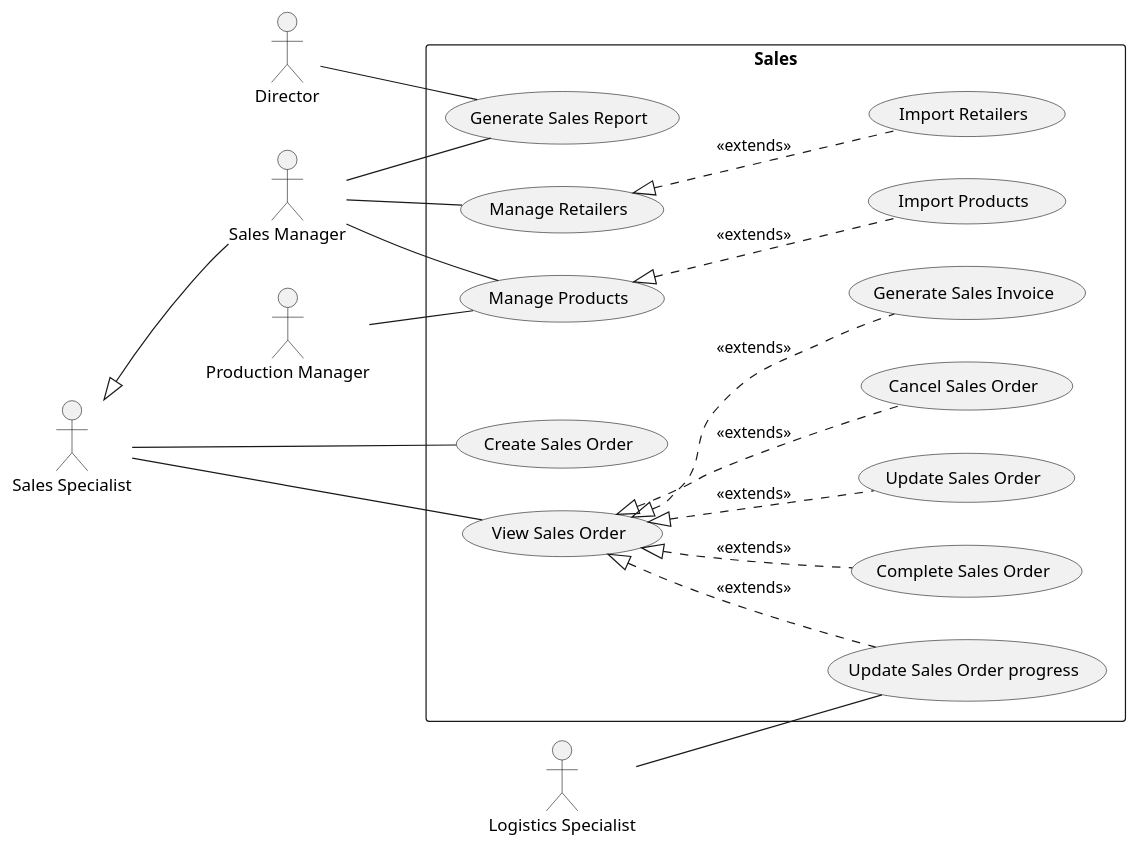
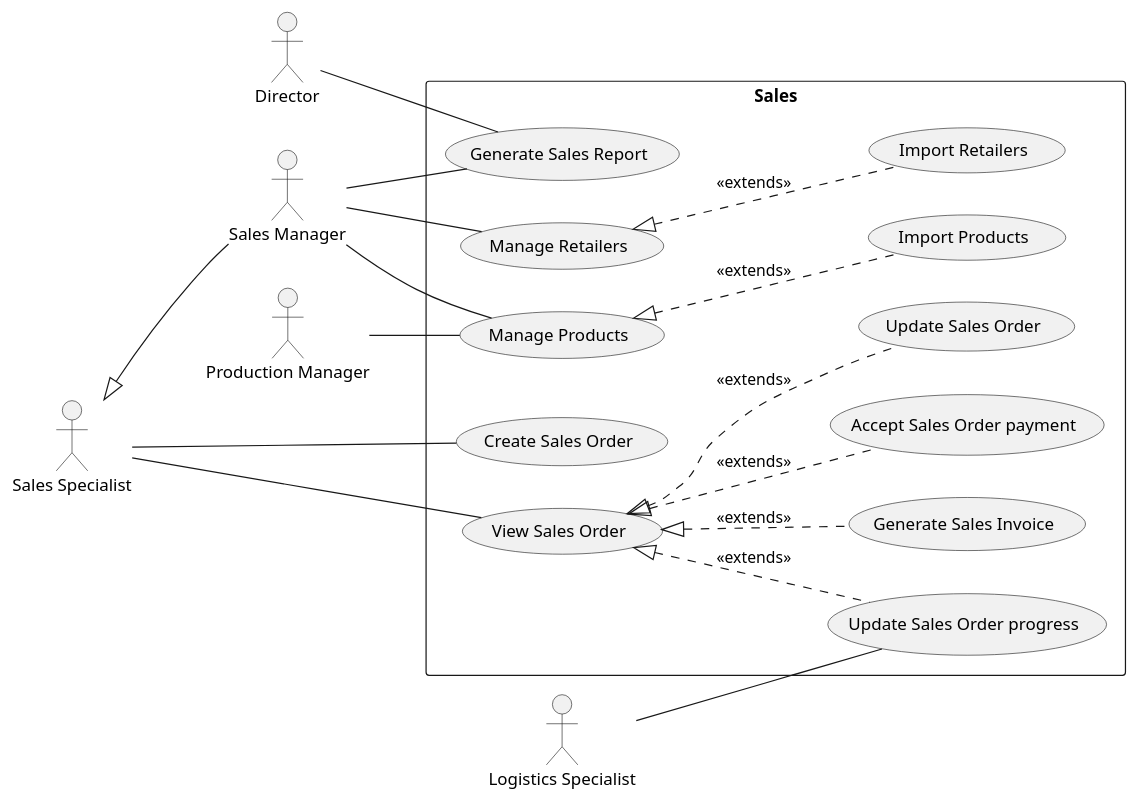
One commit to phihungha/scmss-reqs changed the diagram in use-cases/sales.plantuml. Above: the diagram before and after it, drawn with PlantUML. The commit also changed 19 other files, not shown here.

```diff
--- a/use-cases/sales.plantuml
+++ b/use-cases/sales.plantuml
@@ -1,32 +1,31 @@
 @startuml sales
 left to right direction
 
 :Director: as d
 
 :Production Manager: as pm
 
 :Sales Specialist: as s
 :Sales Manager: as sm
 s <|-- sm
 
 :Logistics Specialist: as ls
 
 rectangle Sales {
     s -- (Create Sales Order)
     s -- (View Sales Order)
     (View Sales Order) <|.. (Update Sales Order) : <<extends>>
     (View Sales Order) <|.. (Update Sales Order progress) : <<extends>>
-    (View Sales Order) <|.. (Cancel Sales Order) : <<extends>>
     ls -- (Update Sales Order progress)
     (View Sales Order) <|.. (Generate Sales Invoice) : <<extends>>
-    (View Sales Order) <|.. (Complete Sales Order) : <<extends>>
+    (View Sales Order) <|.. (Accept Sales Order payment) : <<extends>>
 
     sm -- (Generate Sales Report)
     d -- (Generate Sales Report)
     pm -- (Manage Products)
     sm -- (Manage Products)
     (Manage Products) <|.. (Import Products) : <<extends>>
     sm -- (Manage Retailers)
     (Manage Retailers) <|.. (Import Retailers) : <<extends>>
 }
 @enduml
```
